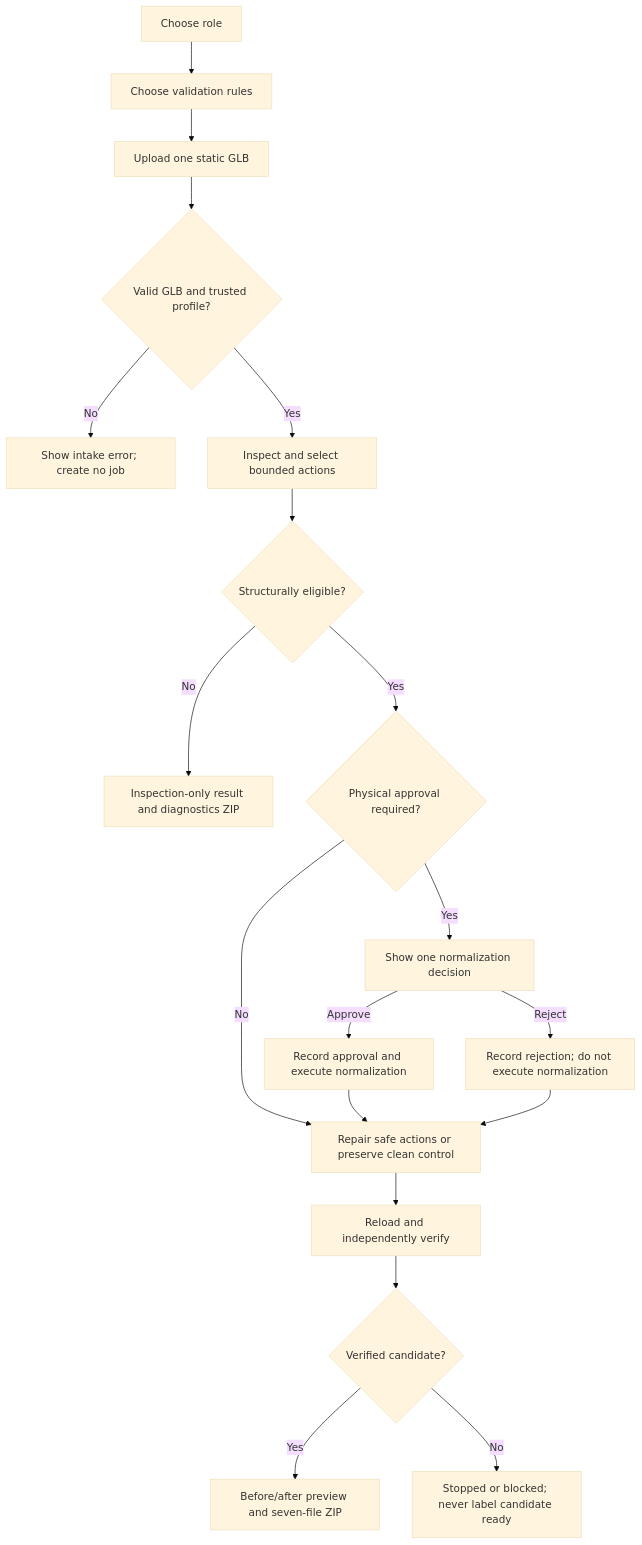
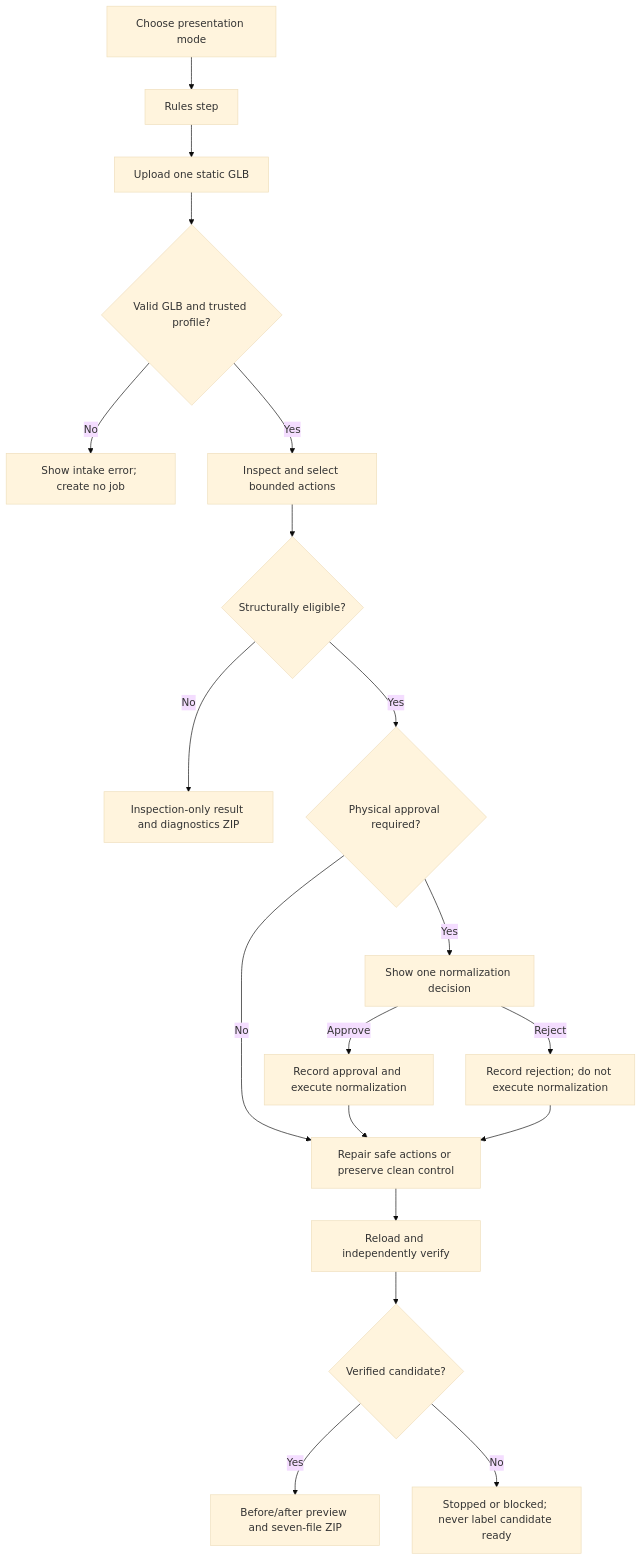
The diagram in docs/WEB_DESIGN_AND_FLOW.md (jcgennaro/asset-shepherd), drawn with Mermaid (base theme) before and after one commit. The commit also changed other lines of this file and 17 other files, not shown here.

````diff
--- a/docs/WEB_DESIGN_AND_FLOW.md
+++ b/docs/WEB_DESIGN_AND_FLOW.md
@@ -67,21 +72,21 @@
 ```mermaid
 flowchart TD
-    A[Choose role] --> B[Choose validation rules]
+    A[Choose presentation mode] --> B[Rules step]
     B --> C[Upload one static GLB]
     C --> D{Valid GLB and trusted profile?}
     D -- No --> E[Show intake error; create no job]
     D -- Yes --> F[Inspect and select bounded actions]
     F --> G{Structurally eligible?}
     G -- No --> H[Inspection-only result and diagnostics ZIP]
     G -- Yes --> I{Physical approval required?}
     I -- No --> L[Repair safe actions or preserve clean control]
     I -- Yes --> J[Show one normalization decision]
     J -- Approve --> K[Record approval and execute normalization]
     J -- Reject --> M[Record rejection; do not execute normalization]
     K --> L
     M --> L
     L --> N[Reload and independently verify]
     N --> O{Verified candidate?}
     O -- Yes --> P[Before/after preview and seven-file ZIP]
     O -- No --> Q[Stopped or blocked; never label candidate ready]
 ```
````
